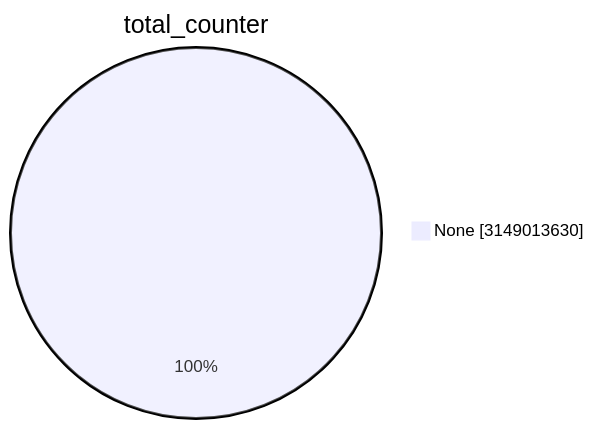
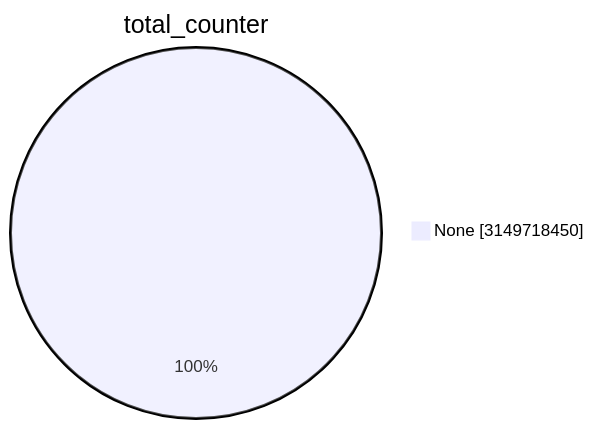
The first of 15 diagrams in TOTAL/README.md (christiankrug/ctmonitor_visualization), drawn with Mermaid before and after one commit. The commit also changed other lines of this file, not shown here.

````diff
--- a/TOTAL/README.md
+++ b/TOTAL/README.md
@@ -1,5 +1,5 @@
 ```mermaid
 pie showData
 title total_counter
-"None" :3149013630
+"None" :3149718450
 ```
````
